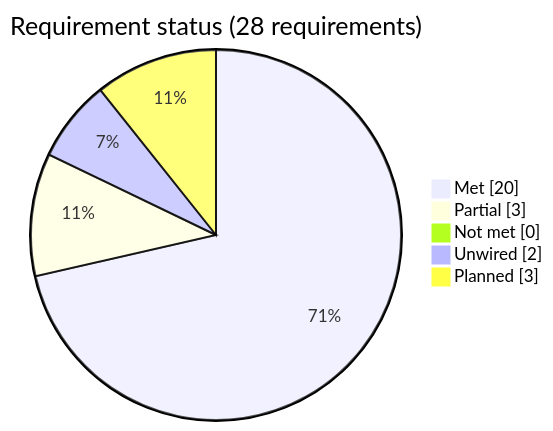
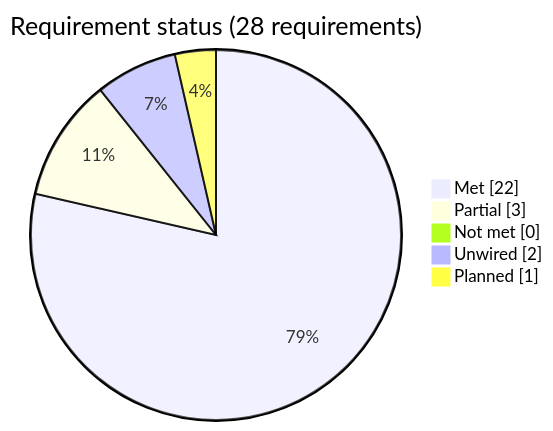
Before and after one commit to winfrees/drive-fusion: the second of 3 diagrams in docs/REVIEW.md, drawn with Mermaid. The commit also changed other lines of this file and 18 other files, not shown here.

````diff
--- a/docs/REVIEW.md
+++ b/docs/REVIEW.md
@@ -164,9 +164,9 @@
 ```mermaid
 pie showData
     title Requirement status (28 requirements)
-    "Met" : 20
+    "Met" : 22
     "Partial" : 3
     "Not met" : 0
     "Unwired" : 2
-    "Planned" : 3
+    "Planned" : 1
 ```
````
